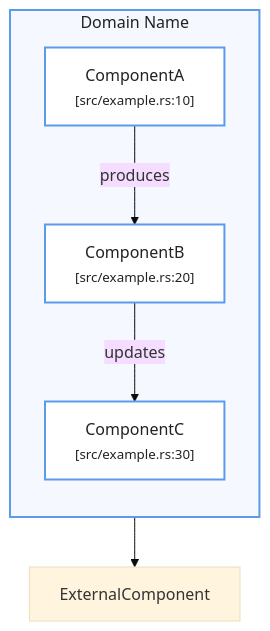
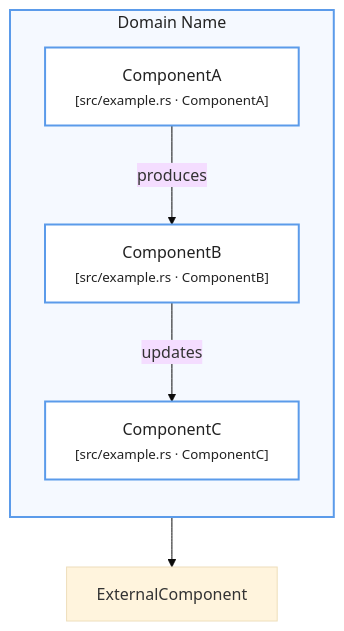
One commit to e7canasta/mana-lite changed diagram 17 of 17 in docs/wiki/style.md. Above: the diagram before and after it, drawn with Mermaid (base theme). The commit also changed other lines of this file and 68 other files, not shown here.

````diff
--- a/docs/wiki/style.md
+++ b/docs/wiki/style.md
@@ -502,41 +502,41 @@
 ```mermaid
 flowchart TB
 
     %% ========================================
     %% DOMAIN
     %% ========================================
 
     subgraph DOMAIN["Domain Name"]
         direction TB
 
-        ComponentA["ComponentA<br/><small>[src/example.rs:10]</small>"]
-        ComponentB["ComponentB<br/><small>[src/example.rs:20]</small>"]
-        ComponentC["ComponentC<br/><small>[src/example.rs:30]</small>"]
+        ComponentA["ComponentA<br/><small>[src/example.rs · ComponentA]</small>"]
+        ComponentB["ComponentB<br/><small>[src/example.rs · ComponentB]</small>"]
+        ComponentC["ComponentC<br/><small>[src/example.rs · ComponentC]</small>"]
 
         ComponentA -->|produces| ComponentB
         ComponentB -->|updates| ComponentC
     end
 
 
     %% ========================================
     %% CROSS-DOMAIN RELATIONSHIPS
     %% ========================================
 
     ComponentC --> ExternalComponent
 
 
     %% ========================================
     %% NODE STYLES
     %% ========================================
 
     classDef domainNode fill:#FFFFFF,stroke:#5B9BEA,stroke-width:2px,color:#222;
 
     class ComponentA,ComponentB,ComponentC domainNode;
 
 
     %% ========================================
     %% CONTAINER STYLE
     %% ========================================
 
     style DOMAIN fill:#F5F9FF,stroke:#5B9BEA,stroke-width:2px,color:#222;
 ```
````
